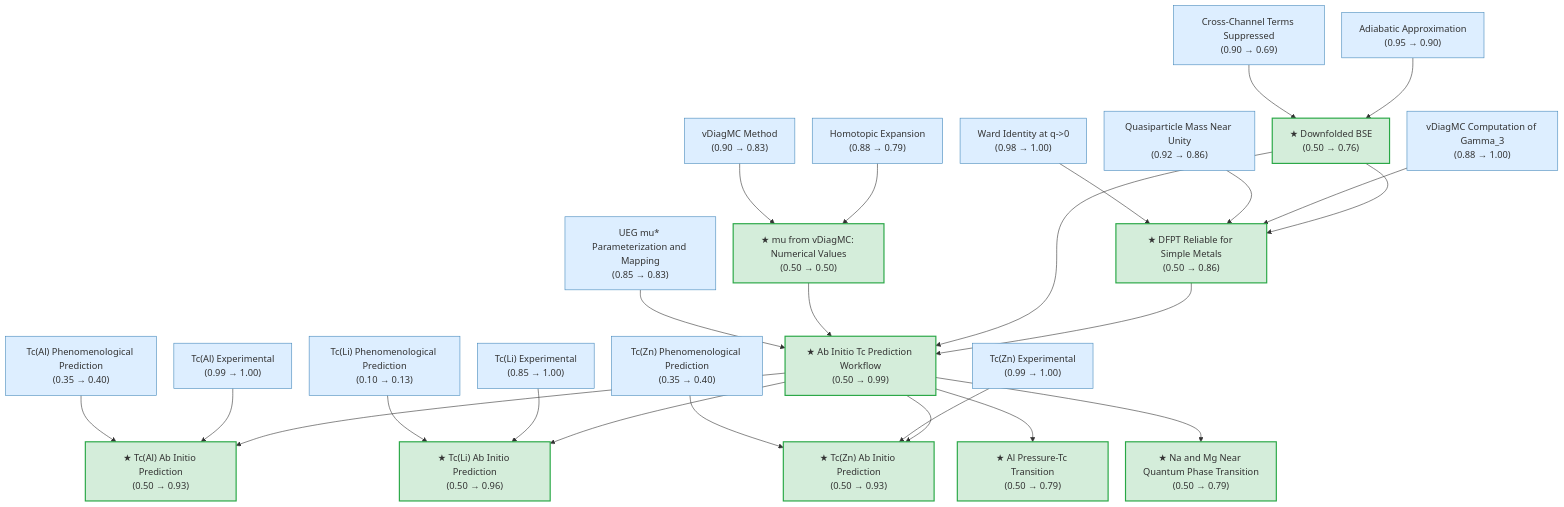
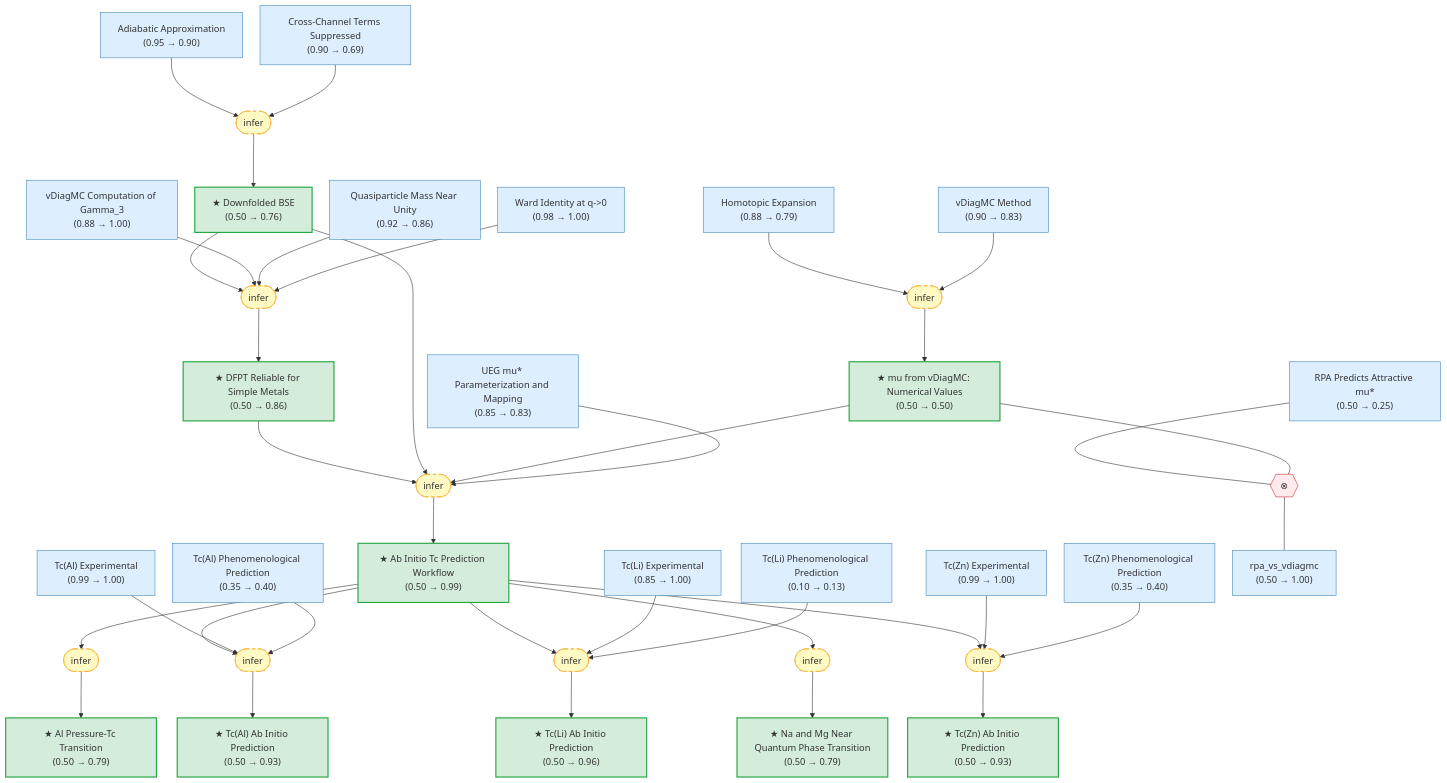
Before and after one commit to kunyuan/SuperconductivityElectronLiquids.gaia: the diagram in README.md, drawn with Mermaid.

Commit message:
feat: strategy nodes + contradiction operators in coarse overview graph

````diff
--- a/README.md
+++ b/README.md
@@ -37,30 +37,56 @@
     tc_li_predicted["★ Tc(Li) Ab Initio Prediction\n(0.50 → 0.96)"]:::exported
     al_pressure_transition["★ Al Pressure-Tc Transition\n(0.50 → 0.79)"]:::exported
     tc_mg_na_near_qpt["★ Na and Mg Near Quantum Phase Transition\n(0.50 → 0.79)"]:::exported
-    ab_initio_workflow --> al_pressure_transition
-    ab_initio_workflow --> tc_al_predicted
-    tc_al_experimental --> tc_al_predicted
-    tc_al_phenomenological --> tc_al_predicted
-    ab_initio_workflow --> tc_li_predicted
-    tc_li_experimental --> tc_li_predicted
-    tc_li_phenomenological --> tc_li_predicted
-    ab_initio_workflow --> tc_mg_na_near_qpt
-    ab_initio_workflow --> tc_zn_predicted
-    tc_zn_experimental --> tc_zn_predicted
-    tc_zn_phenomenological --> tc_zn_predicted
-    adiabatic_approx --> downfolded_bse
-    cross_term_suppressed --> downfolded_bse
-    dfpt_reliable_for_simple_metals --> ab_initio_workflow
-    downfolded_bse --> ab_initio_workflow
-    mu_vdiagmc_values --> ab_initio_workflow
-    ueg_pseudopotential_parameterization --> ab_initio_workflow
-    downfolded_bse --> dfpt_reliable_for_simple_metals
-    gamma3_vdiagmc --> dfpt_reliable_for_simple_metals
-    quasiparticle_mass_near_unity --> dfpt_reliable_for_simple_metals
-    ward_identity --> dfpt_reliable_for_simple_metals
-    homotopic_expansion --> mu_vdiagmc_values
-    vdiagmc_method --> mu_vdiagmc_values
+    rpa_predicts_attractive_mu["RPA Predicts Attractive mu#ast;\n(0.50 → 0.25)"]:::premise
+    rpa_vs_vdiagmc["rpa_vs_vdiagmc\n(0.50 → 1.00)"]:::premise
+    strat_0(["infer"]):::weak
+    ab_initio_workflow --> strat_0
+    strat_0 --> al_pressure_transition
+    strat_1(["infer"]):::weak
+    ab_initio_workflow --> strat_1
+    tc_al_experimental --> strat_1
+    tc_al_phenomenological --> strat_1
+    strat_1 --> tc_al_predicted
+    strat_2(["infer"]):::weak
+    ab_initio_workflow --> strat_2
+    tc_li_experimental --> strat_2
+    tc_li_phenomenological --> strat_2
+    strat_2 --> tc_li_predicted
+    strat_3(["infer"]):::weak
+    ab_initio_workflow --> strat_3
+    strat_3 --> tc_mg_na_near_qpt
+    strat_4(["infer"]):::weak
+    ab_initio_workflow --> strat_4
+    tc_zn_experimental --> strat_4
+    tc_zn_phenomenological --> strat_4
+    strat_4 --> tc_zn_predicted
+    strat_5(["infer"]):::weak
+    adiabatic_approx --> strat_5
+    cross_term_suppressed --> strat_5
+    strat_5 --> downfolded_bse
+    strat_6(["infer"]):::weak
+    dfpt_reliable_for_simple_metals --> strat_6
+    downfolded_bse --> strat_6
+    mu_vdiagmc_values --> strat_6
+    ueg_pseudopotential_parameterization --> strat_6
+    strat_6 --> ab_initio_workflow
+    strat_7(["infer"]):::weak
+    downfolded_bse --> strat_7
+    gamma3_vdiagmc --> strat_7
+    quasiparticle_mass_near_unity --> strat_7
+    ward_identity --> strat_7
+    strat_7 --> dfpt_reliable_for_simple_metals
+    strat_8(["infer"]):::weak
+    homotopic_expansion --> strat_8
+    vdiagmc_method --> strat_8
+    strat_8 --> mu_vdiagmc_values
+    oper_0{{"⊗"}}:::contra
+    rpa_predicts_attractive_mu --- oper_0
+    mu_vdiagmc_values --- oper_0
+    oper_0 --- rpa_vs_vdiagmc
 
     classDef premise fill:#ddeeff,stroke:#4488bb,color:#333
     classDef exported fill:#d4edda,stroke:#28a745,stroke-width:2px,color:#333
+    classDef weak fill:#fff9c4,stroke:#f9a825,stroke-dasharray: 5 5,color:#333
+    classDef contra fill:#ffebee,stroke:#c62828,color:#333
 ```
````
